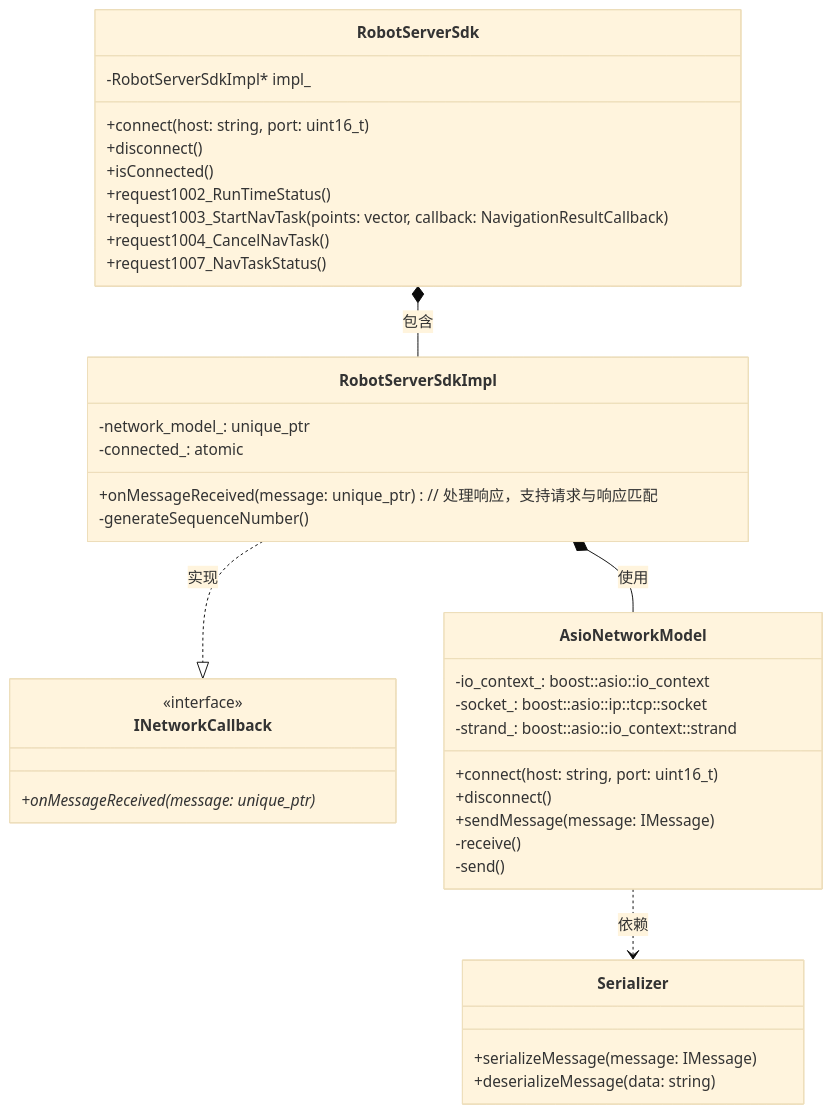
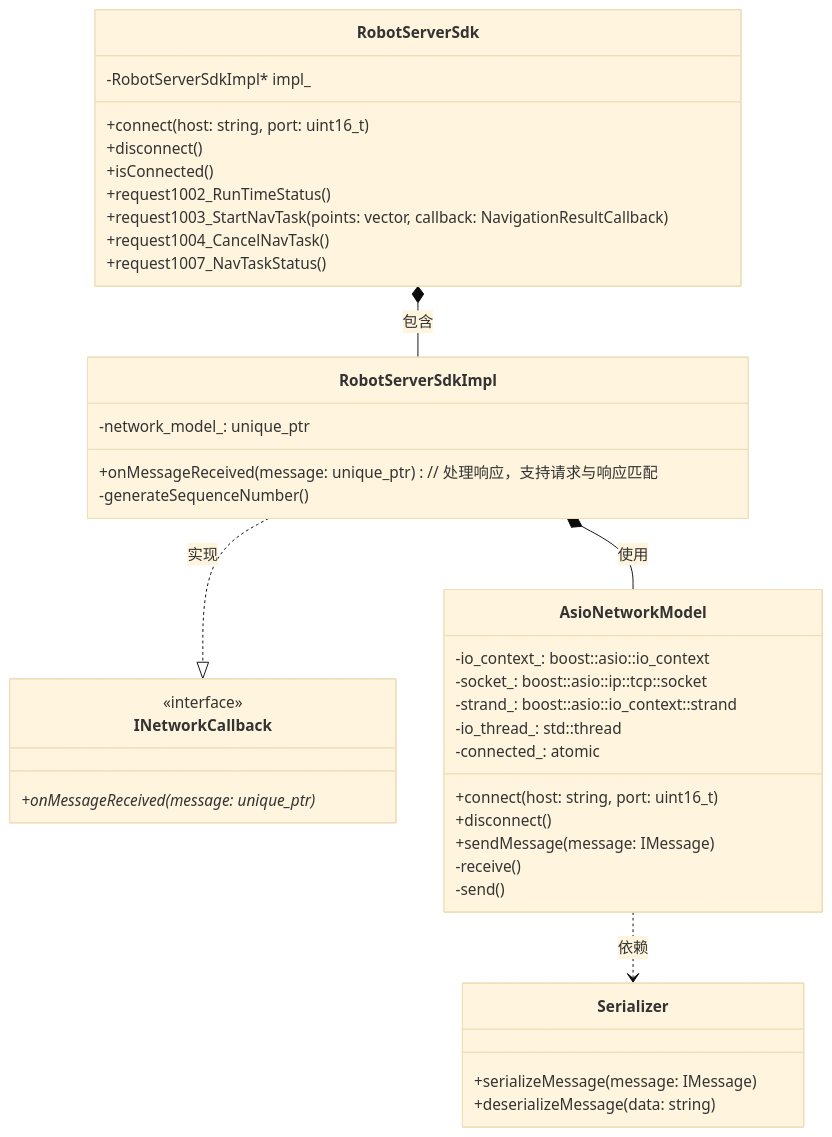
Before and after one commit to tailu123/x30-nav-sdk: the first of 5 diagrams in docs2/architecture.md, drawn with Mermaid (base theme). The commit also changed other lines of this file and 19 other files, not shown here.

````diff
--- a/docs2/architecture.md
+++ b/docs2/architecture.md
@@ -94,49 +94,50 @@
 ```mermaid
 classDiagram
     %% 接口层
     class RobotServerSdk {
         -RobotServerSdkImpl* impl_
         +connect(host: string, port: uint16_t)
         +disconnect()
         +isConnected()
         +request1002_RunTimeStatus()
         +request1003_StartNavTask(points: vector<NavigationPoint>, callback: NavigationResultCallback)
         +request1004_CancelNavTask()
         +request1007_NavTaskStatus()
     }
 
     class RobotServerSdkImpl {
         -network_model_: unique_ptr<AsioNetworkModel>
-        -connected_: atomic<bool>
         +onMessageReceived(message: unique_ptr<IMessage>) // 处理响应，支持请求与响应匹配
         -generateSequenceNumber()
     }
 
     %% 通信层
     class INetworkCallback {
         <<interface>>
         +onMessageReceived(message: unique_ptr<IMessage>)*
     }
 
     class AsioNetworkModel {
         -io_context_: boost::asio::io_context
         -socket_: boost::asio::ip::tcp::socket
         -strand_: boost::asio::io_context::strand
+        -io_thread_: std::thread
+        -connected_: atomic<bool>
         +connect(host: string, port: uint16_t)
         +disconnect()
         +sendMessage(message: IMessage)
         -receive()
         -send()
     }
 
     class Serializer {
         +serializeMessage(message: IMessage)
         +deserializeMessage(data: string)
     }
 
     %% 关系定义
     RobotServerSdk *-- RobotServerSdkImpl : 包含
     RobotServerSdkImpl ..|> INetworkCallback : 实现
     RobotServerSdkImpl *-- AsioNetworkModel : 使用
     AsioNetworkModel ..> Serializer : 依赖
 ```
````
